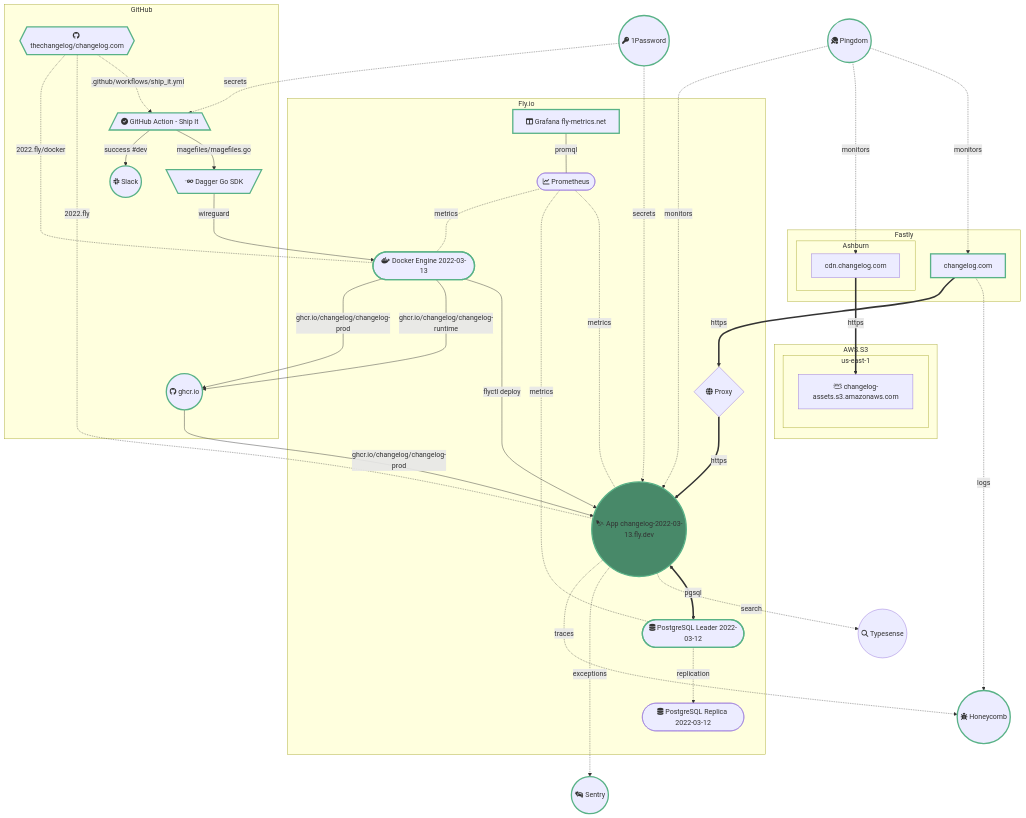
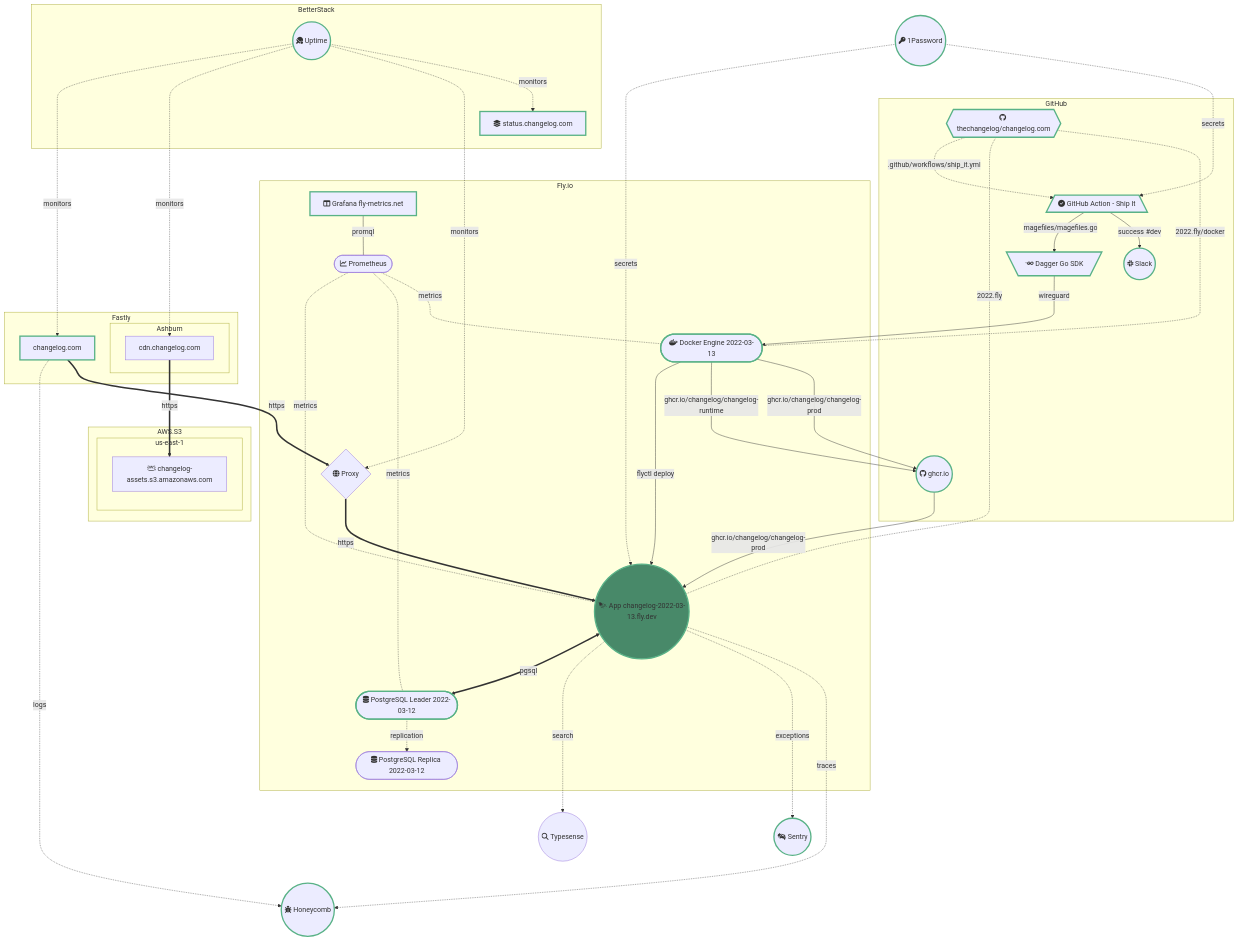
One commit to thechangelog/changelog.com changed the diagram in INFRASTRUCTURE.md. Above: the diagram before and after it, drawn with Mermaid. The commit also changed other lines of this file and 1 other file, not shown here.

Commit message:
Add status.changelog.com
+ link in the footer
+ to our infrastructure diagram

You may remember us mentioning in
https://changelog.com/friends/2#transcript-369 that we switched off
Pingdom. As it turns out, we still want external, synthetic monitoring
that offers a public status page that we can use to communicate
incidents with the outside world. BetterStack.com seems to fit nicely.
Check it out: https://status.changelog.com

We are currently on the Basic (free) tier. This limits us to a 3-minute
check interval & 10 monitors, which is good-enough for now. Leaving this
one with Adam ; ).

````diff
--- a/INFRASTRUCTURE.md
+++ b/INFRASTRUCTURE.md
@@ -76,11 +76,11 @@
     secrets(( fa:fa-key 1Password )):::link
     click secrets "https://changelog.1password.com/"
     secrets -.-> |secrets| app
-    secrets -.-> |secrets| cicd
+    secrets -..-> |secrets| cicd
 
     %% Search
     search(( fa:fa-magnifying-glass Typesense ))
-    app -.-> |search| search
+    app -...-> |search| search
 
     %% Exceptions
     exceptions(( fa:fa-car-crash Sentry )):::link
@@ -99,10 +99,11 @@
 
     %% Observability
     observability(( fa:fa-bug Honeycomb )):::link
-    click observability "https://ui.honeycomb.io/changelog/boards"
+    click observability "https://ui.honeycomb.io/changelog/datasets/changelog_opentelemetry/home"
     apex -.-> |logs| observability
-    app -..-> |traces| observability
+    app -....-> |traces| observability
     
+    %% Object storage
     apex ==> |https| proxy
     subgraph AWS.S3
         subgraph us-east-1
@@ -112,9 +113,15 @@
     cdn ==> |https| assets
 
     %% Monitoring
-    monitoring(( fa:fa-table-tennis Pingdom )):::link
-    click monitoring "https://my.pingdom.com/app/newchecks/checks"
-    monitoring -...-> |monitors| apex
-    monitoring -.-> |monitors| cdn
-    monitoring -.-> |monitors| app
+    subgraph BetterStack
+        status[ fa:fa-layer-group status.changelog.com ]:::link
+        click status "https://status.changelog.com"
+
+        monitoring(( fa:fa-table-tennis Uptime )):::link
+        click monitoring "https://uptime.betterstack.com/team/133302/monitors"
+        monitoring -....-> |monitors| apex
+        monitoring -.-> |monitors| cdn
+        monitoring -.-> |monitors| proxy
+        monitoring -.-> |monitors| status
+    end
 ```
````
